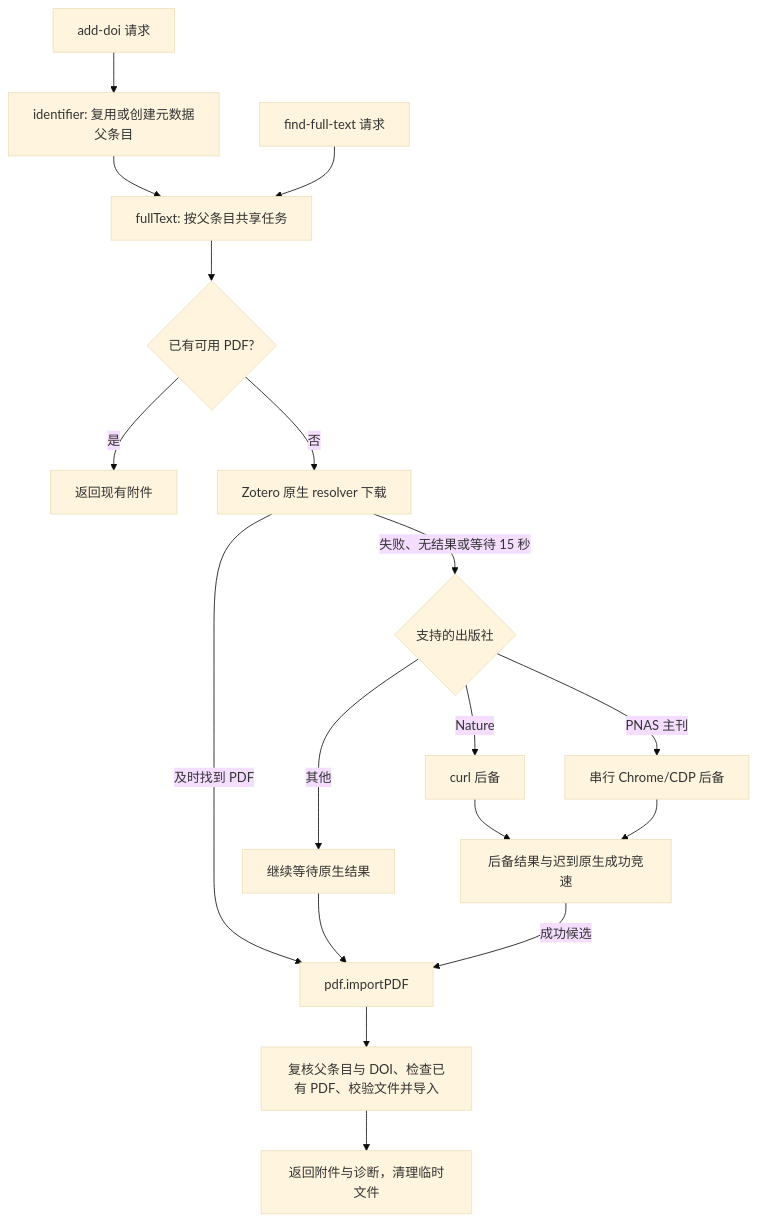
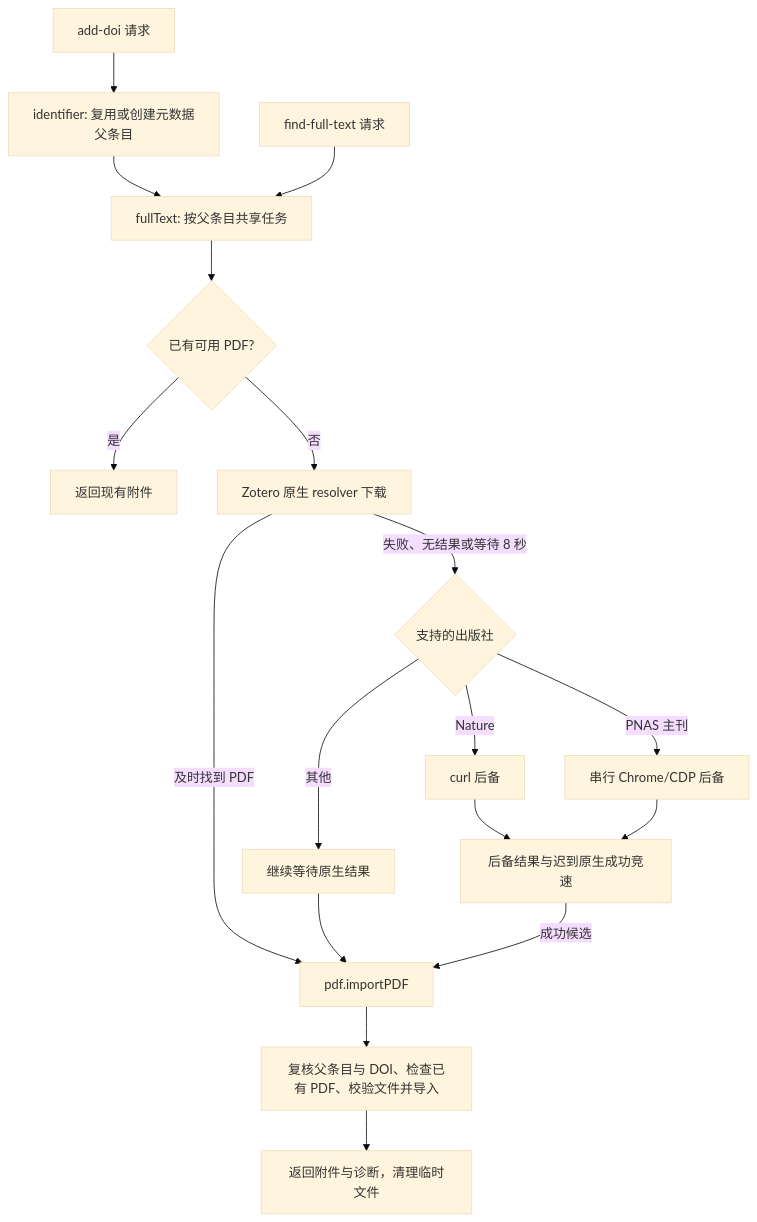
Before and after one commit to CarhoJohn/doi2pdf: the diagram in structure.md, drawn with Mermaid (base theme). The commit also changed other lines of this file and 3 other files, not shown here.

````diff
--- a/structure.md
+++ b/structure.md
@@ -40,20 +40,20 @@
 ```mermaid
 flowchart TD
     A[add-doi 请求] --> B[identifier: 复用或创建元数据父条目]
     B --> C[fullText: 按父条目共享任务]
     D[find-full-text 请求] --> C
     C --> E{已有可用 PDF?}
     E -->|是| R[返回现有附件]
     E -->|否| N[Zotero 原生 resolver 下载]
     N -->|及时找到 PDF| I[pdf.importPDF]
-    N -->|失败、无结果或等待 15 秒| P{支持的出版社}
+    N -->|失败、无结果或等待 8 秒| P{支持的出版社}
     P -->|Nature| F[curl 后备]
     P -->|PNAS 主刊| G[串行 Chrome/CDP 后备]
     P -->|其他| W[继续等待原生结果]
     W --> I
     F --> H[后备结果与迟到原生成功竞速]
     G --> H
     H -->|成功候选| I
     I --> J[复核父条目与 DOI、检查已有 PDF、校验文件并导入]
     J --> K[返回附件与诊断，清理临时文件]
 ```
````
